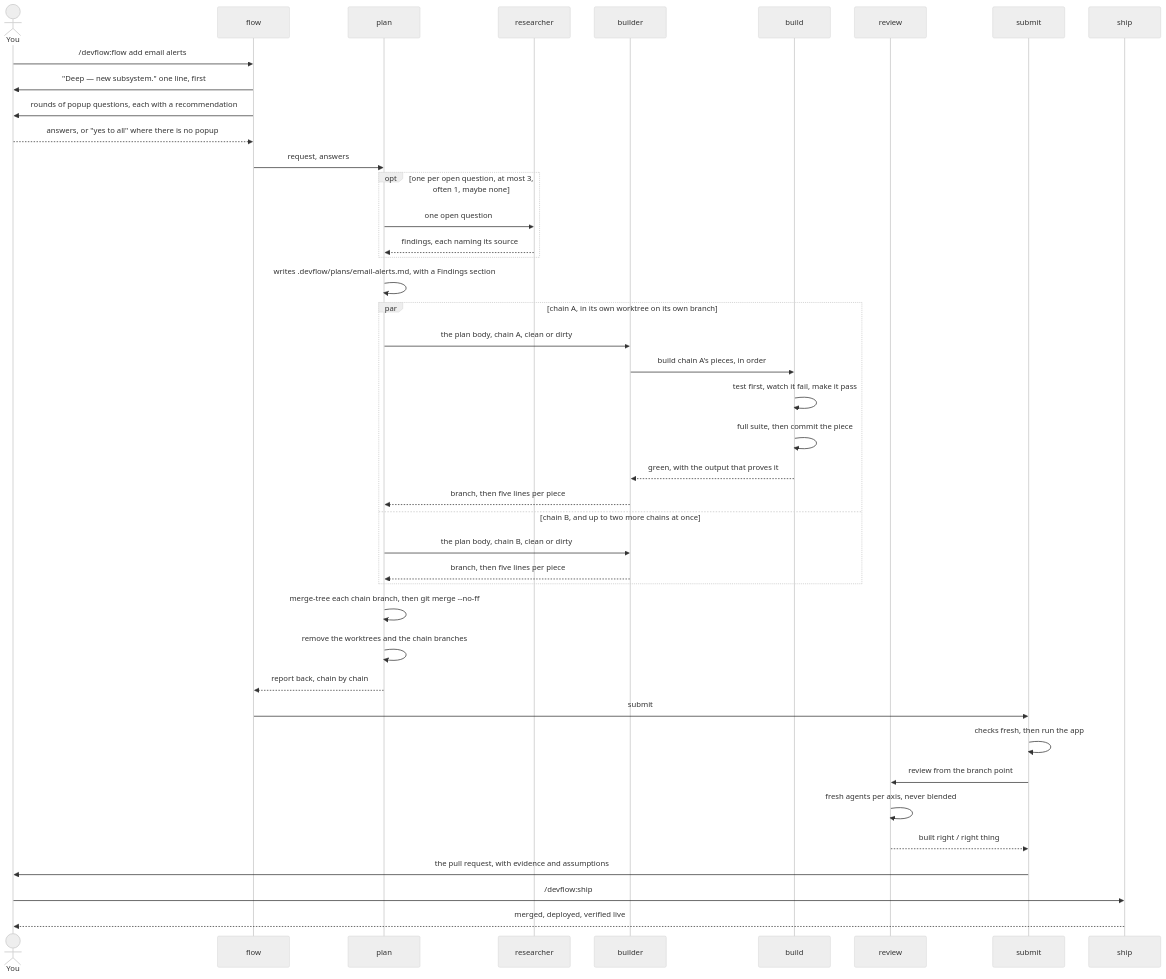
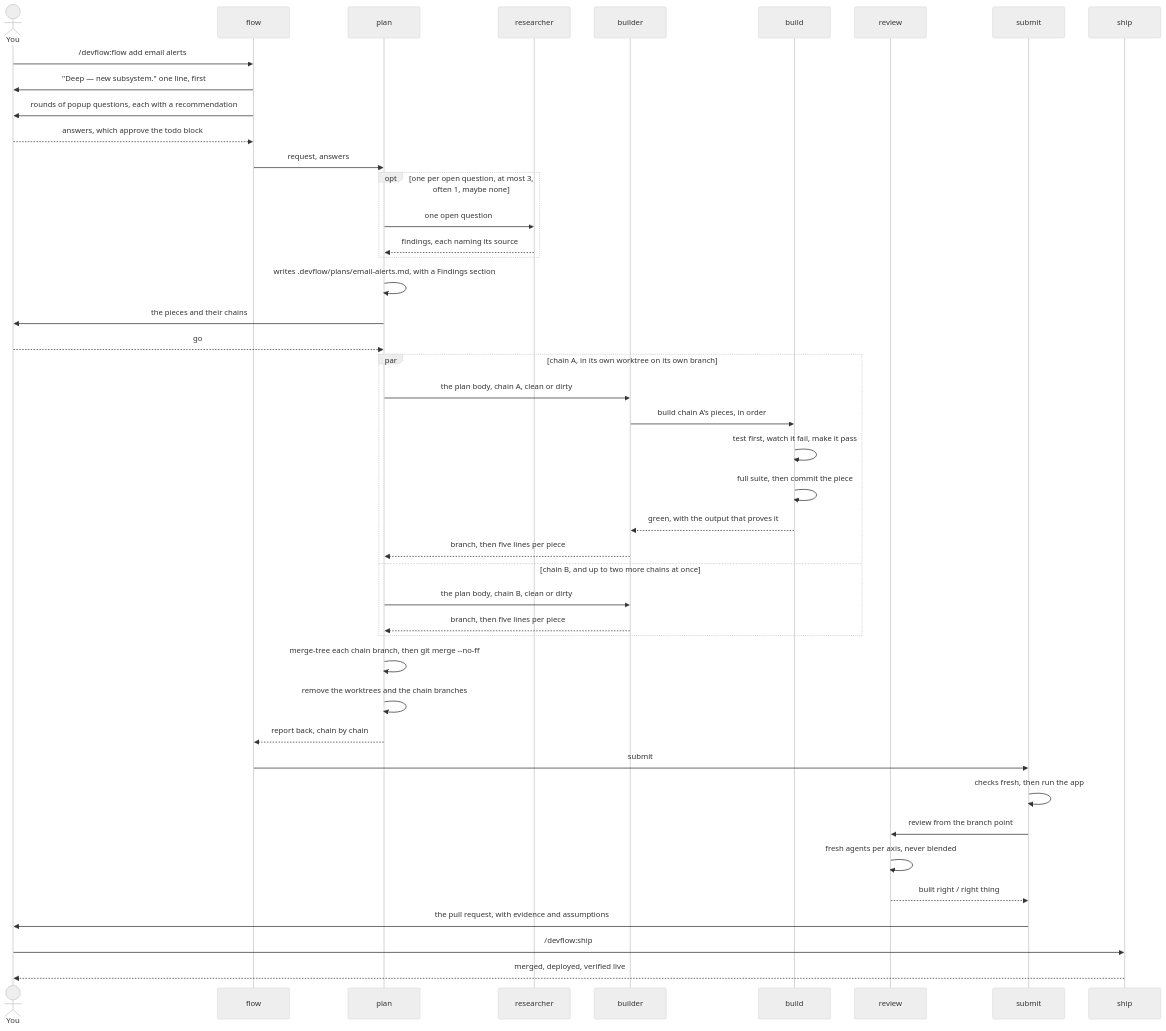
One commit to eddiechok/agent-devflow changed the second of 2 diagrams in docs/pipeline.md. Above: the diagram before and after it, drawn with Mermaid (neutral theme). The commit also changed other lines of this file and 12 other files, not shown here.

First line of the commit message:
feat(flow,plan): wait for go before work starts on Standard and Deep

````diff
--- a/docs/pipeline.md
+++ b/docs/pipeline.md
@@ -95,47 +95,49 @@
 ```mermaid
 sequenceDiagram
     actor You
     participant flow
     participant plan
     participant researcher
     participant builder
     participant build
     participant review
     participant submit
     participant ship
 
     You->>flow: /devflow:flow add email alerts
     flow->>You: "Deep — new subsystem." one line, first
     flow->>You: rounds of popup questions, each with a recommendation
-    You-->>flow: answers, or "yes to all" where there is no popup
+    You-->>flow: answers, which approve the todo block
     flow->>plan: request, answers
     opt one per open question, at most 3, often 1, maybe none
         plan->>researcher: one open question
         researcher-->>plan: findings, each naming its source
     end
     plan->>plan: writes .devflow/plans/email-alerts.md, with a Findings section
+    plan->>You: the pieces and their chains
+    You-->>plan: go
 
     par chain A, in its own worktree on its own branch
         plan->>builder: the plan body, chain A, clean or dirty
         builder->>build: build chain A's pieces, in order
         build->>build: test first, watch it fail, make it pass
         build->>build: full suite, then commit the piece
         build-->>builder: green, with the output that proves it
         builder-->>plan: branch, then five lines per piece
     and chain B, and up to two more chains at once
         plan->>builder: the plan body, chain B, clean or dirty
         builder-->>plan: branch, then five lines per piece
     end
 
     plan->>plan: merge-tree each chain branch, then git merge --no-ff
     plan->>plan: remove the worktrees and the chain branches
     plan-->>flow: report back, chain by chain
     flow->>submit: submit
     submit->>submit: checks fresh, then run the app
     submit->>review: review from the branch point
     review->>review: fresh agents per axis, never blended
     review-->>submit: built right / right thing
     submit->>You: the pull request, with evidence and assumptions
     You->>ship: /devflow:ship
     ship-->>You: merged, deployed, verified live
 ```
````
